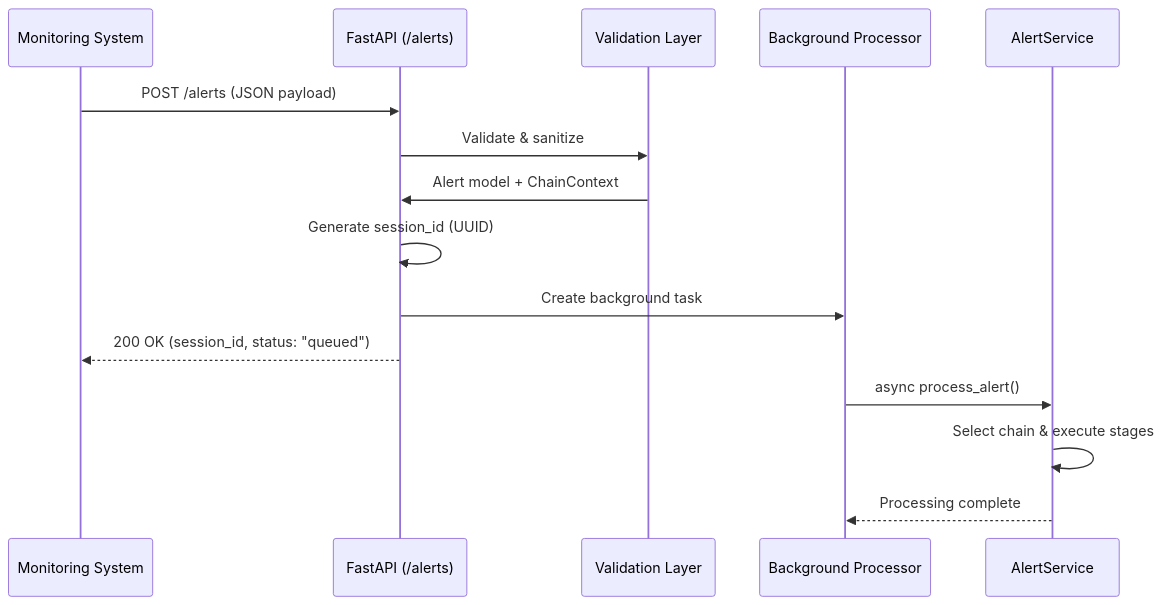
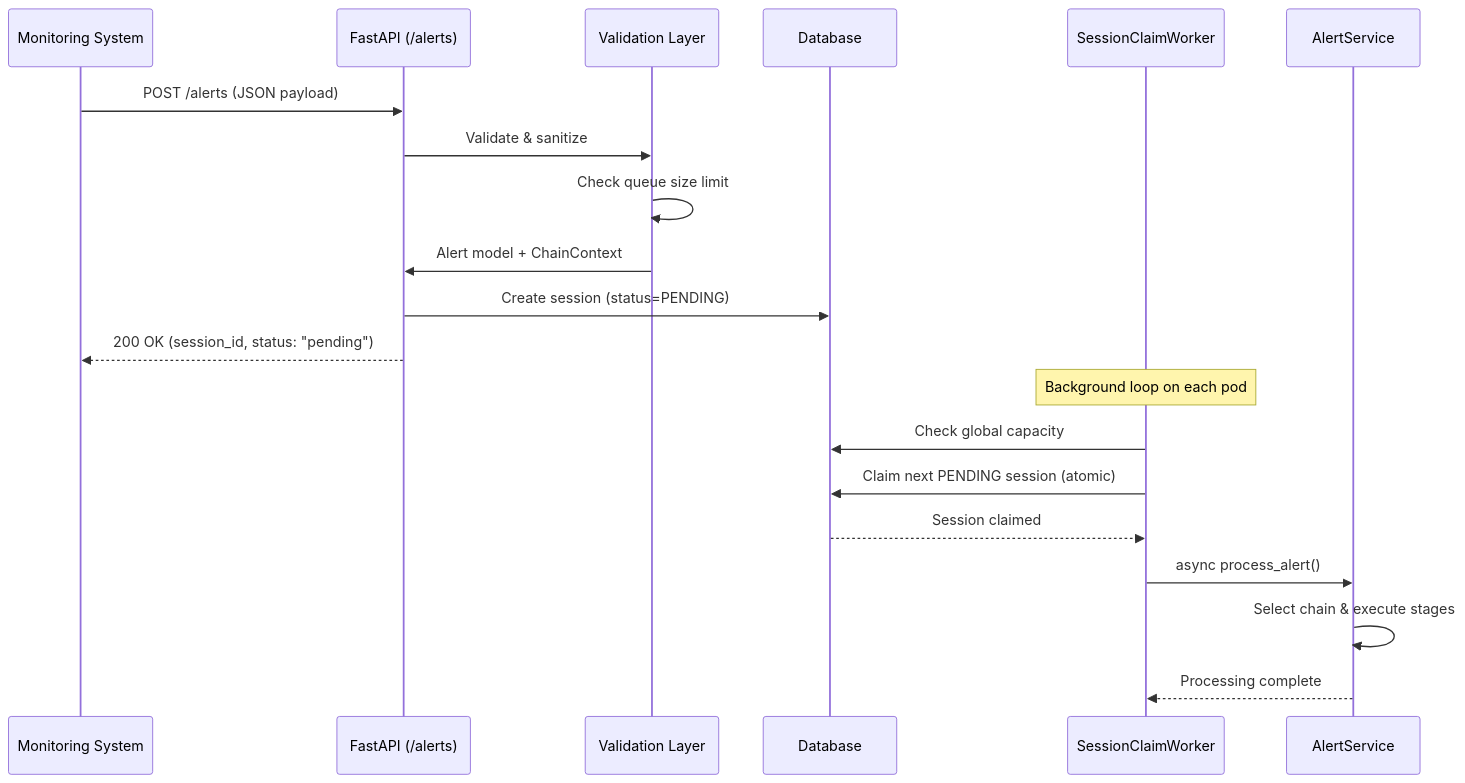
The first of 14 diagrams in docs/functional-areas-design.md (rsoaresd/tarsy-bot), drawn with Mermaid before and after one commit. The commit also changed other lines of this file and 32 other files, not shown here.

First line of the commit message:
Add queue management for Alert Sessions (#234)

````diff
--- a/docs/functional-areas-design.md
+++ b/docs/functional-areas-design.md
@@ -65,19 +65,24 @@
 ```mermaid
 sequenceDiagram
     participant Client as Monitoring System
     participant API as FastAPI (/alerts)
     participant Val as Validation Layer
-    participant BG as Background Processor
+    participant DB as Database
+    participant Worker as SessionClaimWorker
     participant AS as AlertService
     
     Client->>API: POST /alerts (JSON payload)
     API->>Val: Validate & sanitize
+    Val->>Val: Check queue size limit
     Val->>API: Alert model + ChainContext
-    API->>API: Generate session_id (UUID)
-    API->>BG: Create background task
-    API-->>Client: 200 OK (session_id, status: "queued")
+    API->>DB: Create session (status=PENDING)
+    API-->>Client: 200 OK (session_id, status: "pending")
     
-    BG->>AS: async process_alert()
+    Note over Worker: Background loop on each pod
+    Worker->>DB: Check global capacity
+    Worker->>DB: Claim next PENDING session (atomic)
+    DB-->>Worker: Session claimed
+    Worker->>AS: async process_alert()
     AS->>AS: Select chain & execute stages
-    AS-->>BG: Processing complete
+    AS-->>Worker: Processing complete
 ```
````
